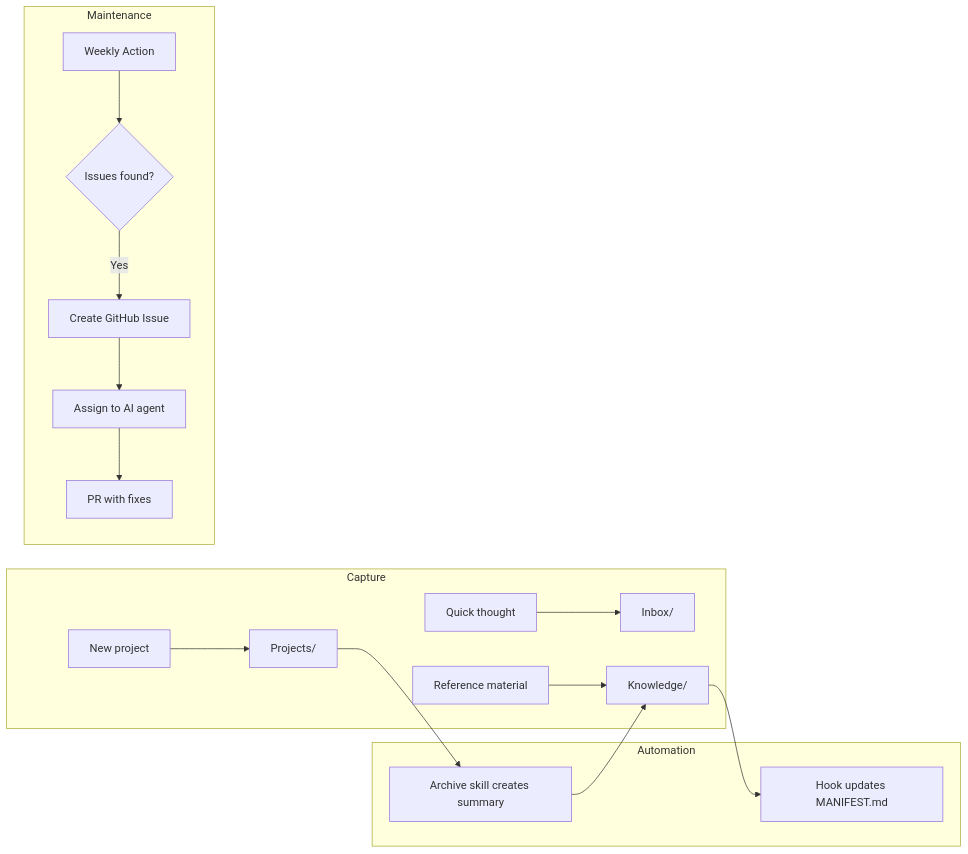
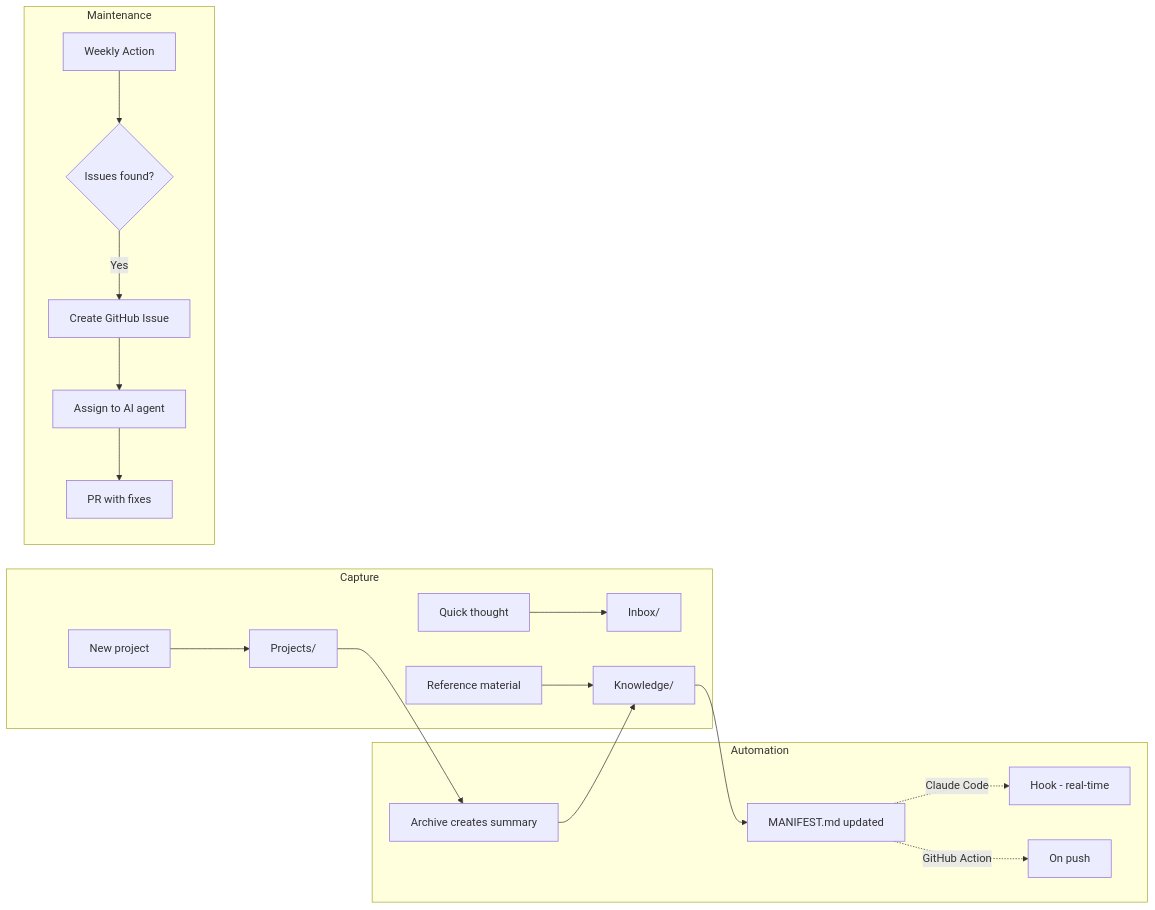
One commit to gokhanarkan/minimal-second-brain changed the first of 3 diagrams in README.md. Above: the diagram before and after it, drawn with Mermaid. The commit also changed other lines of this file and 2 other files, not shown here.

Commit message:
Add GitHub Action for manifest sync (Copilot parity)

````diff
--- a/README.md
+++ b/README.md
@@ -58,21 +60,23 @@
 ```mermaid
 flowchart LR
     subgraph Capture
         A[Quick thought] --> B[Inbox/]
         C[New project] --> D[Projects/]
         E[Reference material] --> F[Knowledge/]
     end
 
     subgraph Automation
-        F --> G[Hook updates MANIFEST.md]
-        D --> H[Archive skill creates summary]
+        F --> G[MANIFEST.md updated]
+        G -.->|Claude Code| G1[Hook - real-time]
+        G -.->|GitHub Action| G2[On push]
+        D --> H[Archive creates summary]
         H --> F
     end
 
     subgraph Maintenance
         I[Weekly Action] --> J{Issues found?}
         J -->|Yes| K[Create GitHub Issue]
         K --> L[Assign to AI agent]
         L --> M[PR with fixes]
     end
 ```
````
